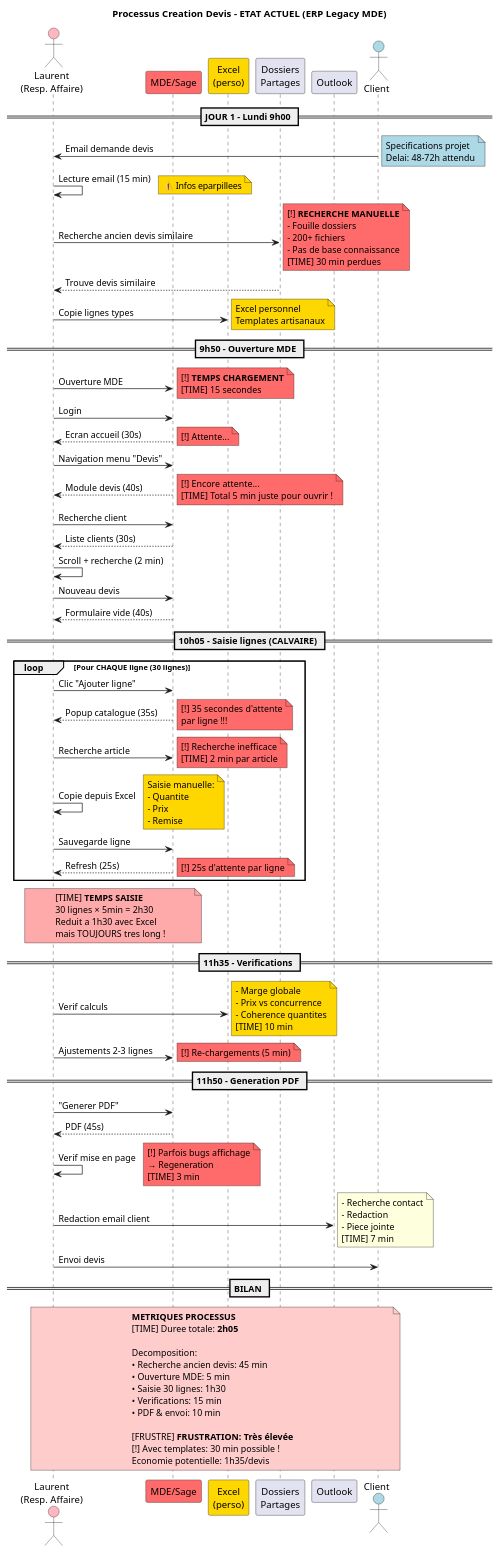
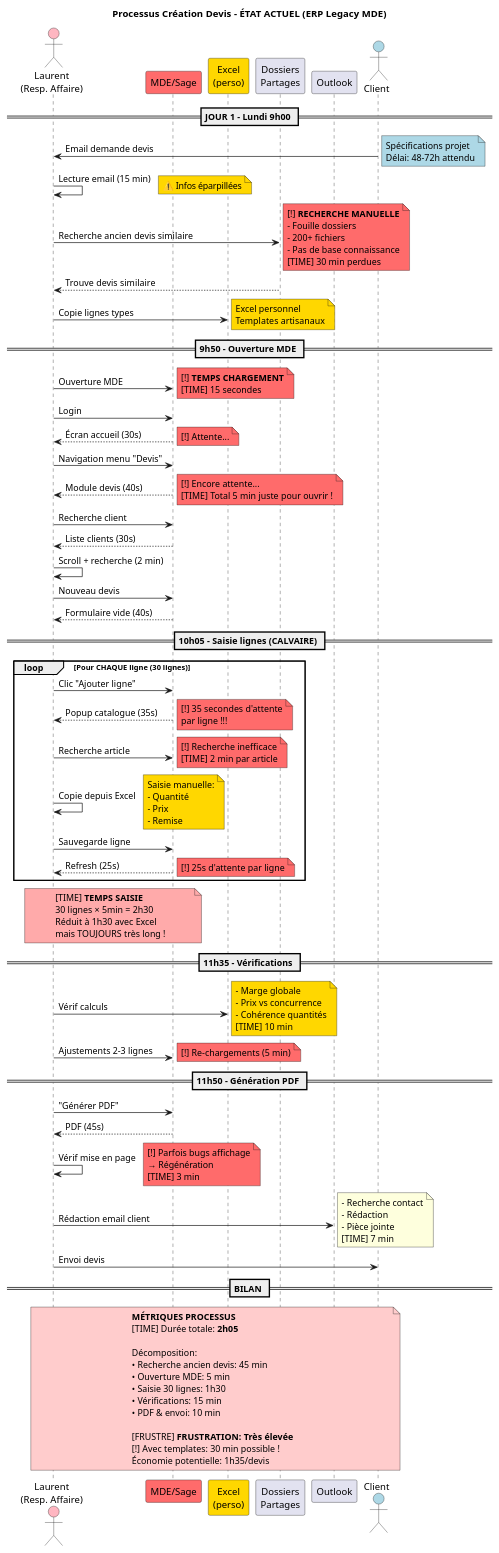
One commit to JordanSerafini/Audit_Duret changed the diagram in Services/Direction-Affaires/uml/png/01_sequence_creation_devis_actuel.puml. Above: the diagram before and after it, drawn with PlantUML.

```diff
--- a/Services/Direction-Affaires/uml/png/01_sequence_creation_devis_actuel.puml
+++ b/Services/Direction-Affaires/uml/png/01_sequence_creation_devis_actuel.puml
@@ -1,164 +1,164 @@
 @startuml Creation_Devis_Actuel
 
-title Processus Creation Devis - ETAT ACTUEL (ERP Legacy MDE)
+title Processus Création Devis - ÉTAT ACTUEL (ERP Legacy MDE)
 
 actor "Laurent\n(Resp. Affaire)" as Laurent #FFB6C1
 participant "MDE/Sage" as MDE #FF6B6B
 participant "Excel\n(perso)" as Excel #FFD700
 participant "Dossiers\nPartages" as Dossiers
 participant "Outlook" as Email
 actor "Client" as Client #ADD8E6
 
 == JOUR 1 - Lundi 9h00 ==
 
 Client -> Laurent: Email demande devis
 note right #ADD8E6
-  Specifications projet
-  Delai: 48-72h attendu
+  Spécifications projet
+  Délai: 48-72h attendu
 end note
 
 Laurent -> Laurent: Lecture email (15 min)
 note right #FFD700
-  ⚠️ Infos eparpillees
+  ⚠️ Infos éparpillées
 end note
 
 Laurent -> Dossiers: Recherche ancien devis similaire
 note right #FF6B6B
   [!] **RECHERCHE MANUELLE**
   - Fouille dossiers
   - 200+ fichiers
   - Pas de base connaissance
   [TIME] 30 min perdues
 end note
 
 Dossiers --> Laurent: Trouve devis similaire
 
 Laurent -> Excel: Copie lignes types
 note right #FFD700
   Excel personnel
   Templates artisanaux
 end note
 
 == 9h50 - Ouverture MDE ==
 
 Laurent -> MDE: Ouverture MDE
 note right #FF6B6B
   [!] **TEMPS CHARGEMENT**
   [TIME] 15 secondes
 end note
 
 Laurent -> MDE: Login
-MDE --> Laurent: Ecran accueil (30s)
+MDE --> Laurent: Écran accueil (30s)
 note right #FF6B6B
   [!] Attente...
 end note
 
 Laurent -> MDE: Navigation menu "Devis"
 MDE --> Laurent: Module devis (40s)
 note right #FF6B6B
   [!] Encore attente...
   [TIME] Total 5 min juste pour ouvrir !
 end note
 
 Laurent -> MDE: Recherche client
 MDE --> Laurent: Liste clients (30s)
 
 Laurent -> Laurent: Scroll + recherche (2 min)
 
 Laurent -> MDE: Nouveau devis
 MDE --> Laurent: Formulaire vide (40s)
 
 == 10h05 - Saisie lignes (CALVAIRE) ==
 
 loop Pour CHAQUE ligne (30 lignes)
     Laurent -> MDE: Clic "Ajouter ligne"
     MDE --> Laurent: Popup catalogue (35s)
     note right #FF6B6B
       [!] 35 secondes d'attente
       par ligne !!!
     end note
 
     Laurent -> MDE: Recherche article
     note right #FF6B6B
       [!] Recherche inefficace
       [TIME] 2 min par article
     end note
 
     Laurent -> Laurent: Copie depuis Excel
     note right #FFD700
       Saisie manuelle:
-      - Quantite
+      - Quantité
       - Prix
       - Remise
     end note
 
     Laurent -> MDE: Sauvegarde ligne
     MDE --> Laurent: Refresh (25s)
     note right #FF6B6B
       [!] 25s d'attente par ligne
     end note
 end
 
 note over Laurent, MDE #FFAAAA
   [TIME] **TEMPS SAISIE**
   30 lignes × 5min = 2h30
-  Reduit a 1h30 avec Excel
-  mais TOUJOURS tres long !
+  Réduit à 1h30 avec Excel
+  mais TOUJOURS très long !
 end note
 
-== 11h35 - Verifications ==
+== 11h35 - Vérifications ==
 
-Laurent -> Excel: Verif calculs
+Laurent -> Excel: Vérif calculs
 note right #FFD700
   - Marge globale
   - Prix vs concurrence
-  - Coherence quantites
+  - Cohérence quantités
   [TIME] 10 min
 end note
 
 Laurent -> MDE: Ajustements 2-3 lignes
 note right #FF6B6B
   [!] Re-chargements (5 min)
 end note
 
-== 11h50 - Generation PDF ==
+== 11h50 - Génération PDF ==
 
-Laurent -> MDE: "Generer PDF"
+Laurent -> MDE: "Générer PDF"
 MDE --> Laurent: PDF (45s)
 
-Laurent -> Laurent: Verif mise en page
+Laurent -> Laurent: Vérif mise en page
 note right #FF6B6B
   [!] Parfois bugs affichage
-  → Regeneration
+  → Régénération
   [TIME] 3 min
 end note
 
-Laurent -> Email: Redaction email client
+Laurent -> Email: Rédaction email client
 note right
   - Recherche contact
-  - Redaction
-  - Piece jointe
+  - Rédaction
+  - Pièce jointe
   [TIME] 7 min
 end note
 
 Laurent -> Client: Envoi devis
 
 == BILAN ==
 
 note over Laurent, Client #FFCCCC
-  **METRIQUES PROCESSUS**
-  [TIME] Duree totale: **2h05**
+  **MÉTRIQUES PROCESSUS**
+  [TIME] Durée totale: **2h05**
 
-  Decomposition:
+  Décomposition:
   • Recherche ancien devis: 45 min
   • Ouverture MDE: 5 min
   • Saisie 30 lignes: 1h30
-  • Verifications: 15 min
+  • Vérifications: 15 min
   • PDF & envoi: 10 min
 
   [FRUSTRE] **FRUSTRATION: Très élevée**
   [!] Avec templates: 30 min possible !
-  Economie potentielle: 1h35/devis
+  Économie potentielle: 1h35/devis
 end note
 
 @enduml
```
